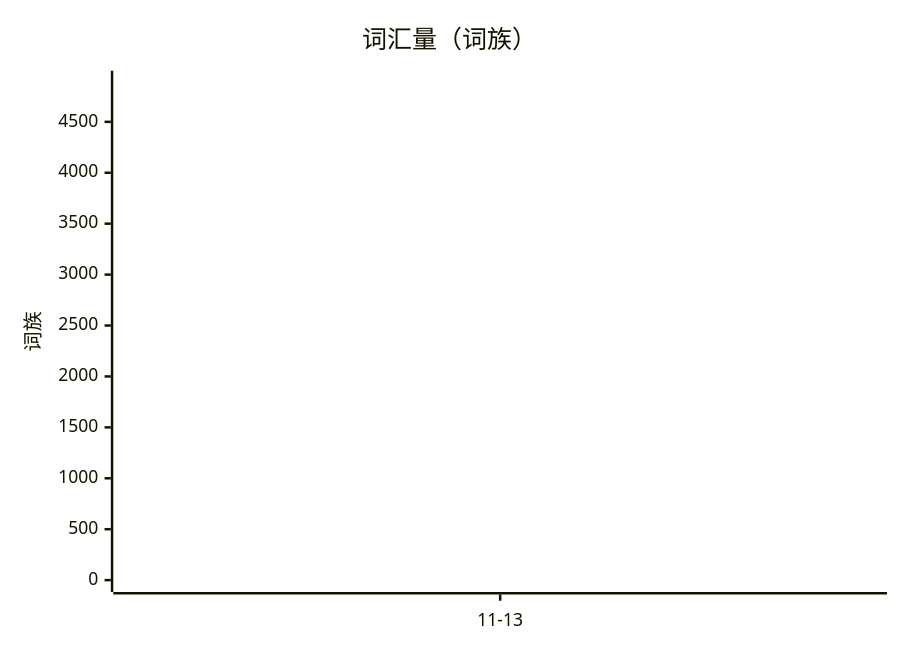
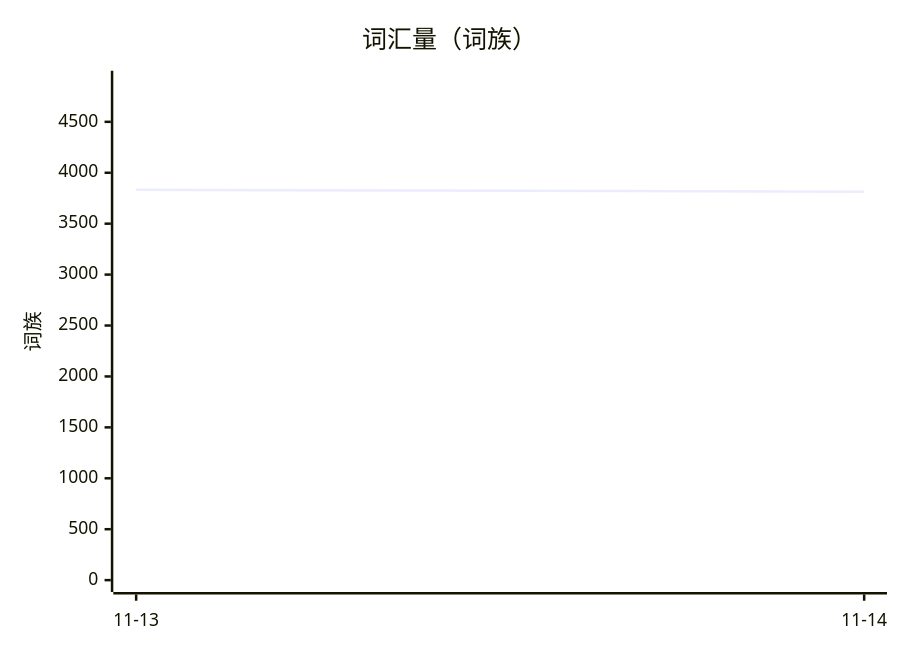
The diagram in README.md (Frank-Humingtao/english-profile), drawn with Mermaid before and after one commit. The commit also changed other lines of this file and 4 other files, not shown here.

````diff
--- a/README.md
+++ b/README.md
@@ -9,7 +9,7 @@
 ```mermaid
 xychart-beta
   title "词汇量（词族）"
-  x-axis ["11-13"]
+  x-axis ["11-13", "11-14"]
   y-axis "词族" 0 --> 4885
-  line [3832]
+  line [3832, 3814]
 ```
````
